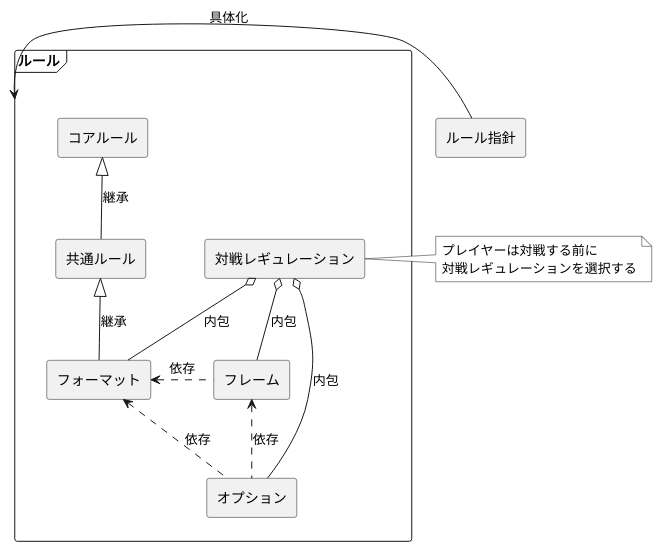
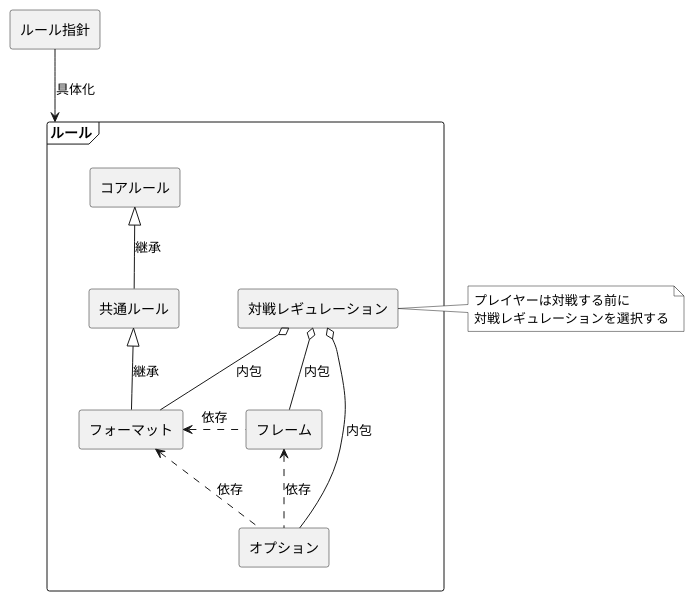
One commit to BlackPoker/BlackPoker changed the diagram in source/init/rule-class.puml. Above: the diagram before and after it, drawn with PlantUML. The commit also changed 6 other files, not shown here.

```diff
--- a/source/init/rule-class.puml
+++ b/source/init/rule-class.puml
@@ -1,34 +1,34 @@
 
 rectangle ルール指針
 
 frame ルール{
 rectangle コアルール as core
 rectangle 共通ルール as common
 rectangle フォーマット as format
 rectangle 対戦レギュレーション as match_reg
 rectangle フレーム as frame
 rectangle オプション as options
 ' rectangle プレイヤー as player
 
 core <|-- common : 継承
 
 common <|-- format : 継承
 
 match_reg o-- format : 内包
 match_reg o-- frame : 内包
 match_reg o-- options : 内包
 
 ' match_reg <. player : 選択
 
 format <.. options : 依存
 format <. frame : 依存
 frame <.. options : 依存
 
 }
 
-ルール指針 -> ルール : 具体化
+ルール指針 --> ルール : 具体化
 
 note right of match_reg #white
 プレイヤーは対戦する前に
 対戦レギュレーションを選択する
 end note
```
